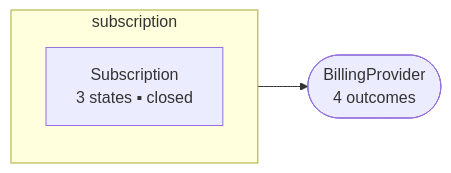
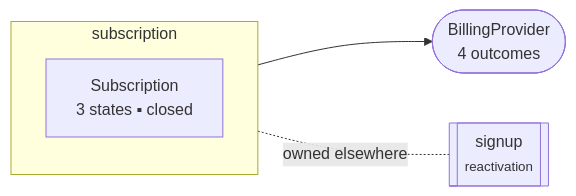
The first of 10 diagrams in examples/specs/subscription.readback.md (AlesKracik/quintessence), drawn with Mermaid before and after one commit. The commit also changed other lines of this file and 17 other files, not shown here.

````diff
--- a/examples/specs/subscription.readback.md
+++ b/examples/specs/subscription.readback.md
@@ -17,8 +17,10 @@
 ```mermaid
 flowchart LR
     subgraph AREA["subscription"]
         E_Subscription["Subscription<br/>3 states ▪ closed"]
     end
     X_BillingProvider(["BillingProvider<br/>4 outcomes"])
     AREA --> X_BillingProvider
+    O_signup[["signup<br/><small>reactivation</small>"]]
+    AREA -. owned elsewhere .- O_signup
 ```
````
